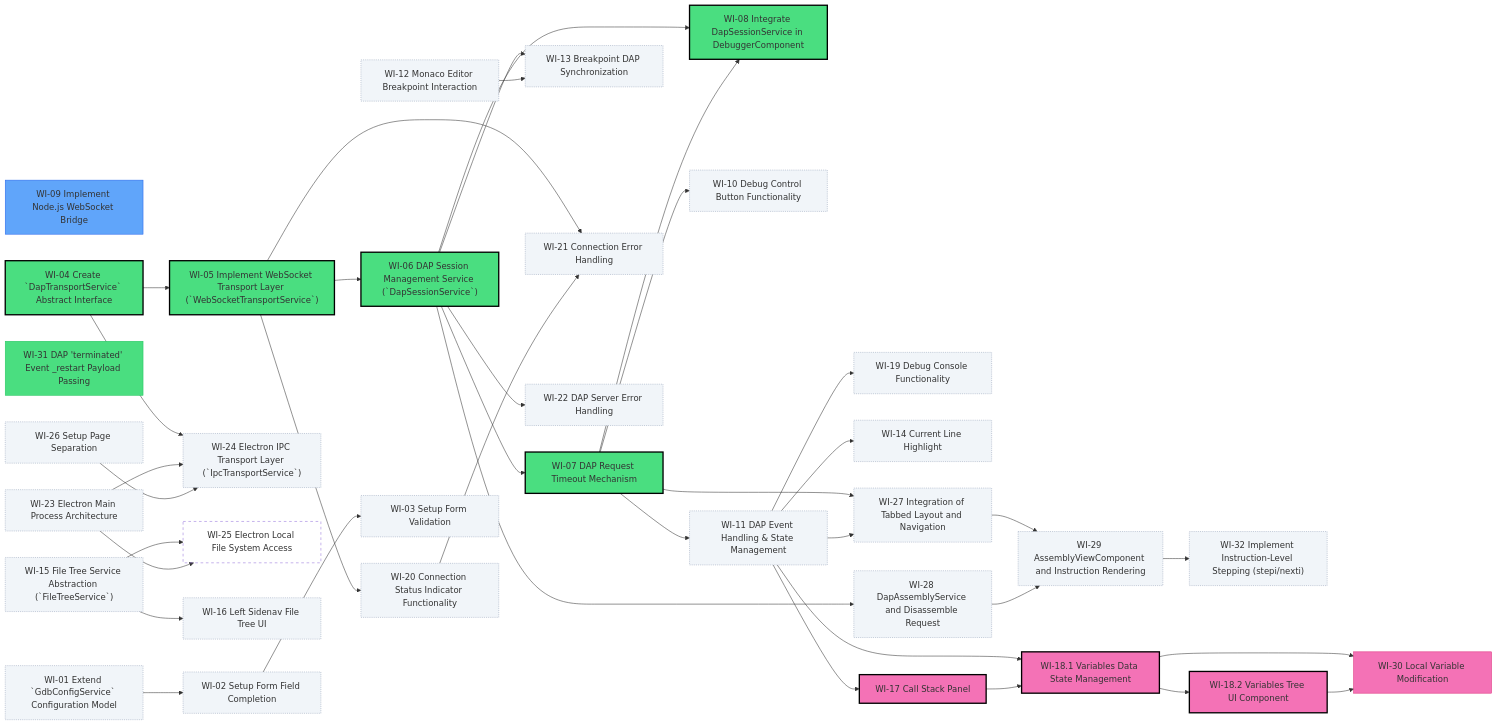
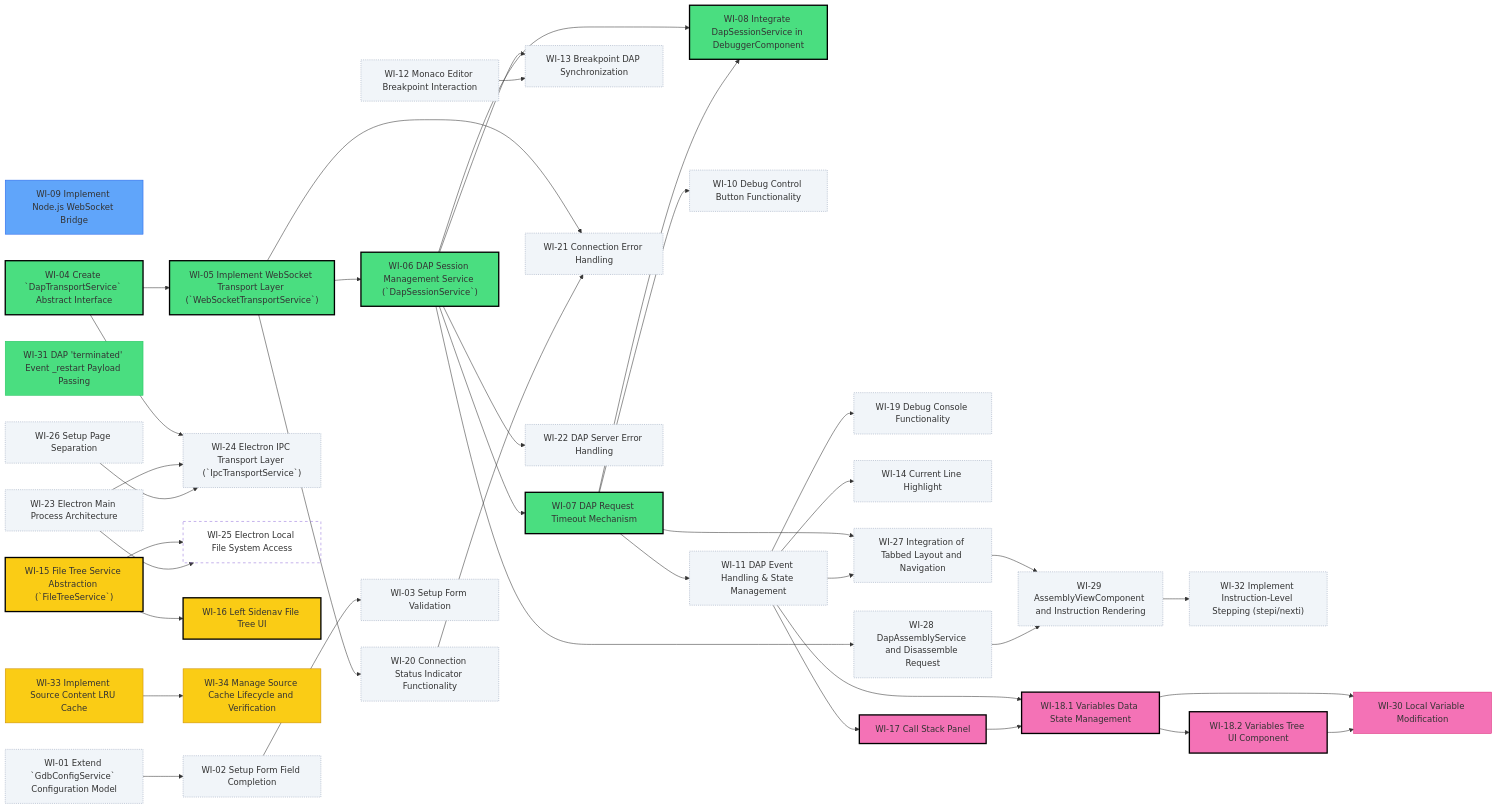
The diagram in docs/project-roadmap.md (tangpo387-arch/taro-debugger), drawn with Mermaid before and after one commit. The commit also changed other lines of this file and 5 other files, not shown here.

Commit message:
docs: add work items and system specifications for DAP source content LRU caching mechanism

```diff
--- a/docs/project-roadmap.md
+++ b/docs/project-roadmap.md
@@ -31,6 +31,8 @@
     WI_22["WI-22 DAP Server Error Handling"]
     WI_15["WI-15 File Tree Service Abstraction (`FileTreeService`)"]
     WI_16["WI-16 Left Sidenav File Tree UI"]
+    WI_33["WI-33 Implement Source Content LRU Cache"]
+    WI_34["WI-34 Manage Source Cache Lifecycle and Verification"]
     WI_27["WI-27 Integration of Tabbed Layout and Navigation"]
     WI_28["WI-28 DapAssemblyService and Disassemble Request"]
     WI_29["WI-29 AssemblyViewComponent and Instruction Rendering"]
@@ -63,6 +65,7 @@
     WI_20 --> WI_21
     WI_06 --> WI_22
     WI_15 --> WI_16
+    WI_33 --> WI_34
     WI_07 --> WI_27
     WI_11 --> WI_27
     WI_06 --> WI_28
@@ -98,8 +101,10 @@
     style WI_25 fill:none,stroke-dasharray:5
     style WI_21 fill:#f1f5f9,stroke:#94a3b8,stroke-width:1px,stroke-dasharray:2
     style WI_22 fill:#f1f5f9,stroke:#94a3b8,stroke-width:1px,stroke-dasharray:2
-    style WI_15 fill:#f1f5f9,stroke:#94a3b8,stroke-width:1px,stroke-dasharray:2
-    style WI_16 fill:#f1f5f9,stroke:#94a3b8,stroke-width:1px,stroke-dasharray:2
+    style WI_15 fill:#facc15,stroke:#000,stroke-width:2.5px
+    style WI_16 fill:#facc15,stroke:#000,stroke-width:2.5px
+    style WI_33 fill:#facc15,stroke:#ca8a04
+    style WI_34 fill:#facc15,stroke:#ca8a04
     style WI_27 fill:#f1f5f9,stroke:#94a3b8,stroke-width:1px,stroke-dasharray:2
     style WI_28 fill:#f1f5f9,stroke:#94a3b8,stroke-width:1px,stroke-dasharray:2
     style WI_29 fill:#f1f5f9,stroke:#94a3b8,stroke-width:1px,stroke-dasharray:2
```
